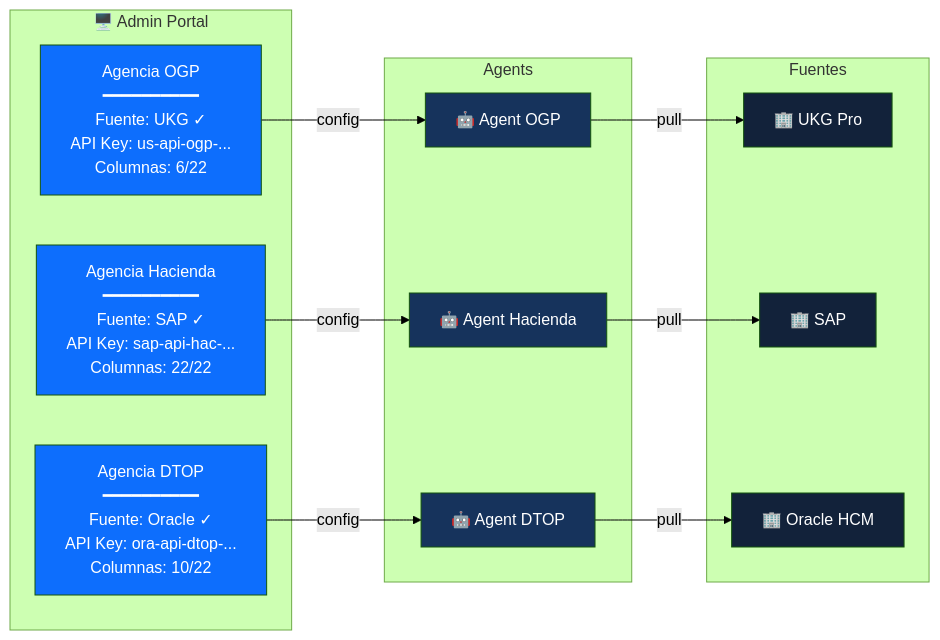
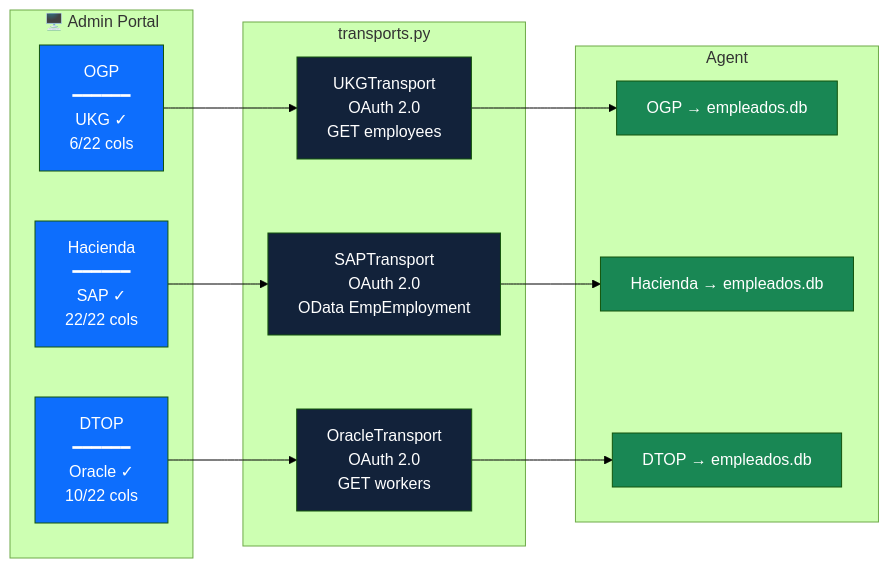
Before and after one commit to jcollazo/asi-deploy-hub: the fifth of 8 diagrams in docs/ARCHITECTURE_MERMAID.md, drawn with Mermaid (forest theme). The commit also changed other lines of this file, not shown here.

First line of the commit message:
docs: diagrams actualizados — Agent pull directo + Portal endpoints

````diff
--- a/docs/ARCHITECTURE_MERMAID.md
+++ b/docs/ARCHITECTURE_MERMAID.md
@@ -149,38 +206,34 @@
 ```mermaid
 graph LR
     subgraph Portal["🖥️ Admin Portal"]
-        P1["Agencia OGP<br/>━━━━━━━━━━<br/>Fuente: UKG ✓<br/>API Key: us-api-ogp-...<br/>Columnas: 6/22"]
-        P2["Agencia Hacienda<br/>━━━━━━━━━━<br/>Fuente: SAP ✓<br/>API Key: sap-api-hac-...<br/>Columnas: 22/22"]
-        P3["Agencia DTOP<br/>━━━━━━━━━━<br/>Fuente: Oracle ✓<br/>API Key: ora-api-dtop-...<br/>Columnas: 10/22"]
+        P1["OGP<br/>━━━━━━<br/>UKG ✓<br/>6/22 cols"]
+        P2["Hacienda<br/>━━━━━━<br/>SAP ✓<br/>22/22 cols"]
+        P3["DTOP<br/>━━━━━━<br/>Oracle ✓<br/>10/22 cols"]
     end
 
-    subgraph Agents["Agents"]
-        A1["🤖 Agent OGP"]
-        A2["🤖 Agent Hacienda"]
-        A3["🤖 Agent DTOP"]
+    subgraph Transport["transports.py"]
+        T1["UKGTransport<br/>OAuth 2.0<br/>GET employees"]
+        T2["SAPTransport<br/>OAuth 2.0<br/>OData EmpEmployment"]
+        T3["OracleTransport<br/>OAuth 2.0<br/>GET workers"]
     end
 
-    subgraph Sources["Fuentes"]
-        UKG["🏢 UKG Pro"]
-        SAP["🏢 SAP"]
-        ORACLE["🏢 Oracle HCM"]
+    subgraph Agents["Agent"]
+        A1["OGP → empleados.db"]
+        A2["Hacienda → empleados.db"]
+        A3["DTOP → empleados.db"]
     end
 
-    P1 -->|config| A1
-    P2 -->|config| A2
-    P3 -->|config| A3
-
-    A1 -->|pull| UKG
-    A2 -->|pull| SAP
-    A3 -->|pull| ORACLE
+    P1 --> T1 --> A1
+    P2 --> T2 --> A2
+    P3 --> T3 --> A3
 
     style P1 fill:#0D6EFD,color:#fff
     style P2 fill:#0D6EFD,color:#fff
     style P3 fill:#0D6EFD,color:#fff
-    style A1 fill:#16335C,color:#fff
-    style A2 fill:#16335C,color:#fff
-    style A3 fill:#16335C,color:#fff
-    style UKG fill:#12223A,color:#fff
-    style SAP fill:#12223A,color:#fff
-    style ORACLE fill:#12223A,color:#fff
+    style T1 fill:#12223A,color:#fff
+    style T2 fill:#12223A,color:#fff
+    style T3 fill:#12223A,color:#fff
+    style A1 fill:#198754,color:#fff
+    style A2 fill:#198754,color:#fff
+    style A3 fill:#198754,color:#fff
 ```
````
